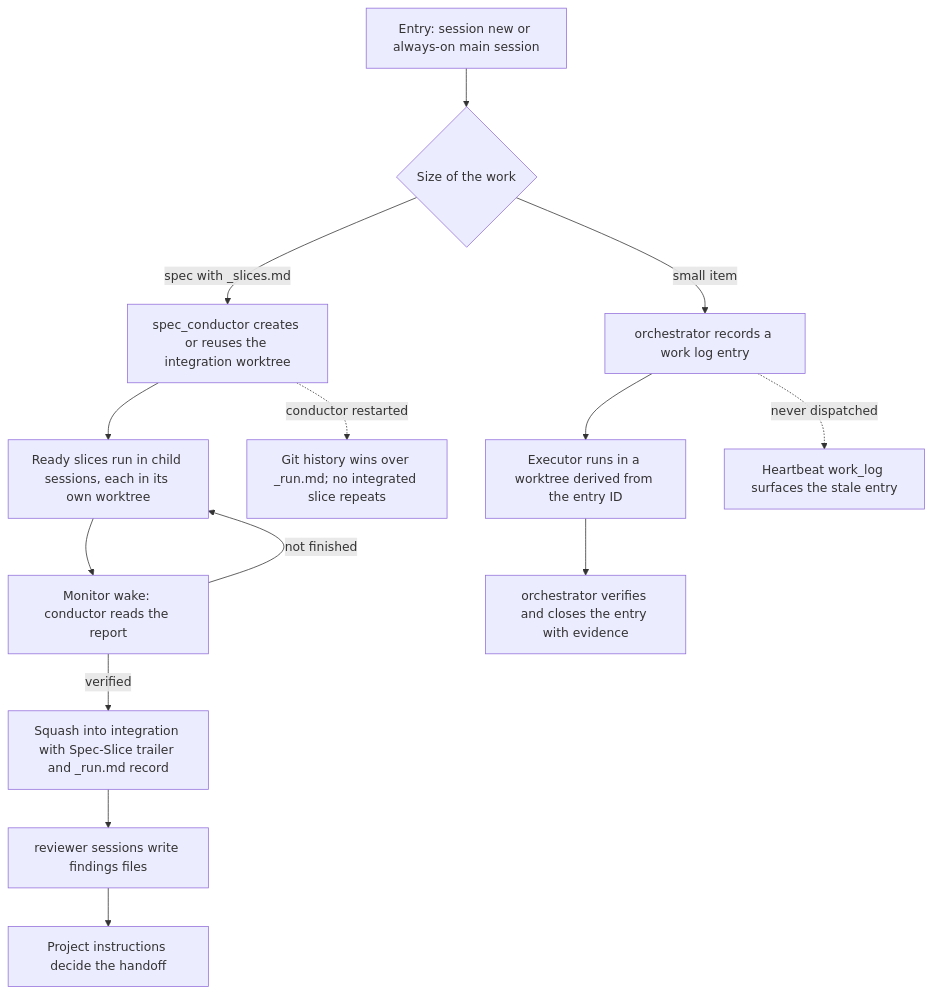
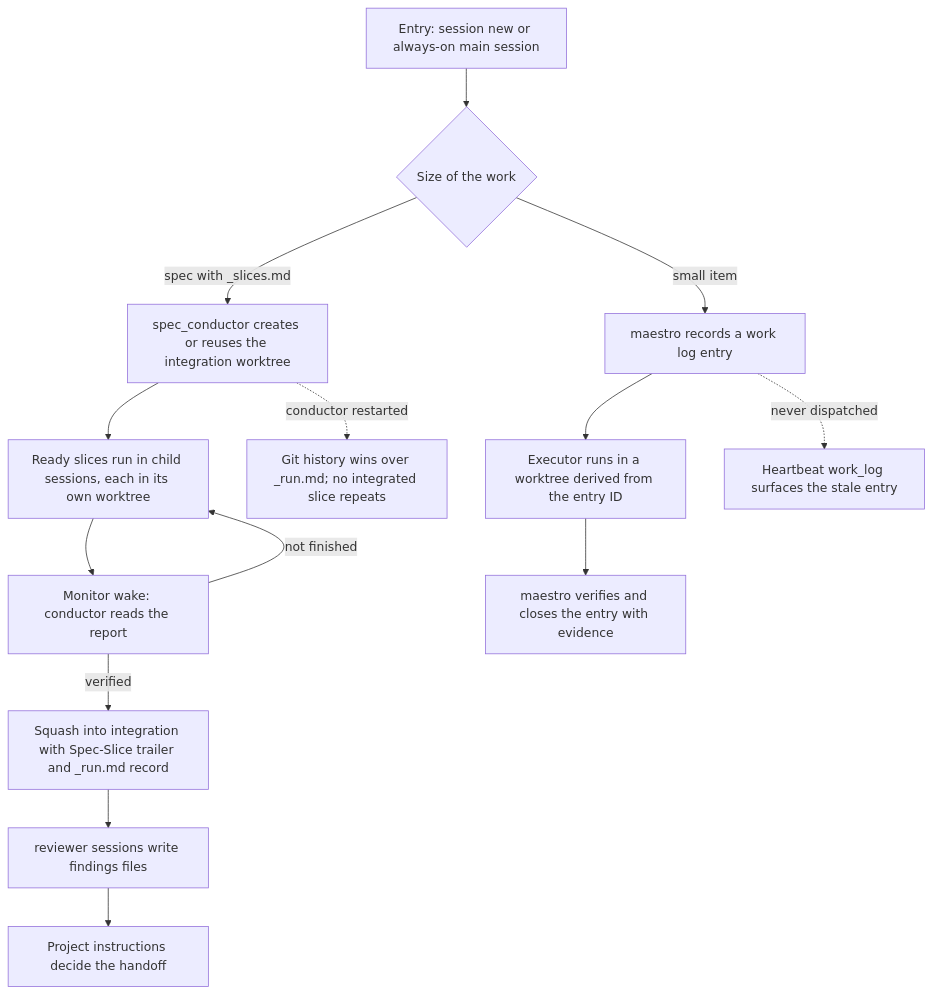
Before and after one commit to compozy/compozy: the diagram in docs/qa/journeys/J-deliver-through-agents.md, drawn with Mermaid. The commit also changed other lines of this file and 6 other files, not shown here.

````diff
--- a/docs/qa/journeys/J-deliver-through-agents.md
+++ b/docs/qa/journeys/J-deliver-through-agents.md
@@ -7,16 +7,16 @@
 ```mermaid
 flowchart TD
     A[Entry: session new or always-on main session] --> B{Size of the work}
     B -->|spec with _slices.md| C[spec_conductor creates or reuses the integration worktree]
     C --> D[Ready slices run in child sessions, each in its own worktree]
     D --> E[Monitor wake: conductor reads the report]
     E -->|not finished| D
     E -->|verified| F[Squash into integration with Spec-Slice trailer and _run.md record]
     F --> G[reviewer sessions write findings files]
     G --> H[Project instructions decide the handoff]
-    B -->|small item| I[orchestrator records a work log entry]
+    B -->|small item| I[maestro records a work log entry]
     I --> J[Executor runs in a worktree derived from the entry ID]
-    J --> K[orchestrator verifies and closes the entry with evidence]
+    J --> K[maestro verifies and closes the entry with evidence]
     I -.->|never dispatched| L[Heartbeat work_log surfaces the stale entry]
     C -.->|conductor restarted| M[Git history wins over _run.md; no integrated slice repeats]
 ```
````
